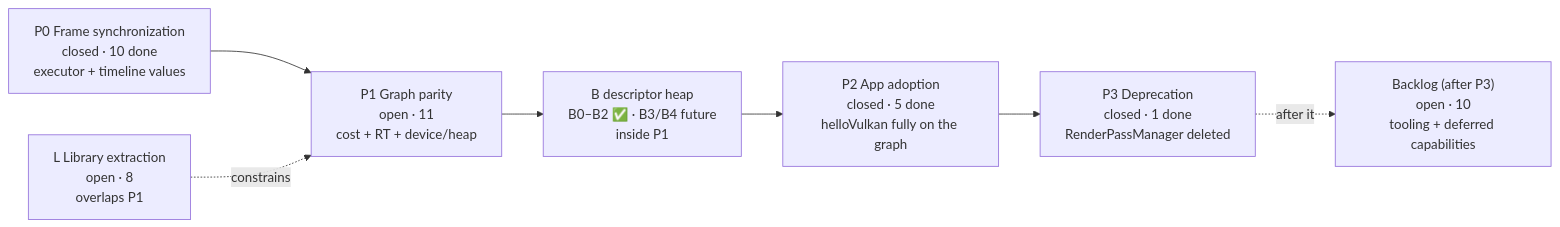
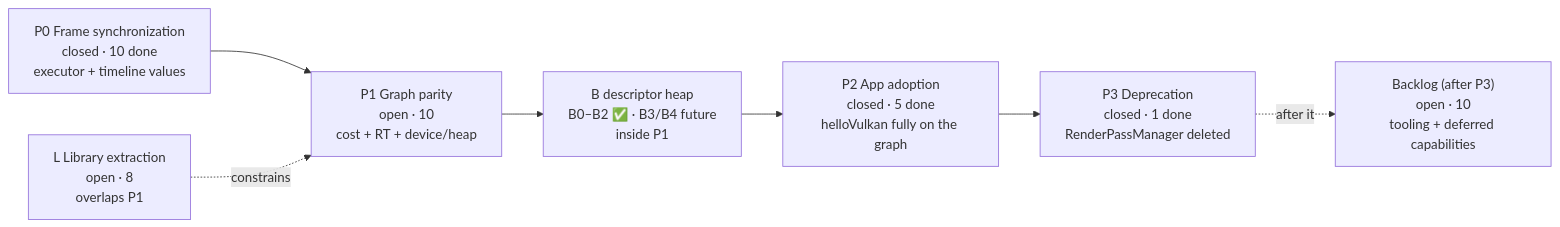
Before and after one commit to v3c70r/Muyo: the first of 2 diagrams in docs/Roadmap-Visual.md, drawn with Mermaid. The commit also changed other lines of this file and 1 other file, not shown here.

First line of the commit message:
docs: retire #265 from the roadmap

````diff
--- a/docs/Roadmap-Visual.md
+++ b/docs/Roadmap-Visual.md
@@ -22,13 +22,13 @@
 ```mermaid
 flowchart LR
     P0["P0 Frame synchronization<br/>closed · 10 done<br/>executor + timeline values"]
-    P1["P1 Graph parity<br/>open · 11<br/>cost + RT + device/heap"]
+    P1["P1 Graph parity<br/>open · 10<br/>cost + RT + device/heap"]
     B["B descriptor heap<br/>B0–B2 ✅ · B3/B4 future<br/>inside P1"]
     P2["P2 App adoption<br/>closed · 5 done<br/>helloVulkan fully on the graph"]
     P3["P3 Deprecation<br/>closed · 1 done<br/>RenderPassManager deleted"]
     L["L Library extraction<br/>open · 8<br/>overlaps P1"]
     BL["Backlog (after P3)<br/>open · 10<br/>tooling + deferred capabilities"]
     P0 --> P1 --> B --> P2 --> P3
     L -. constrains .-> P1
     P3 -. after it .-> BL
 ```
````
